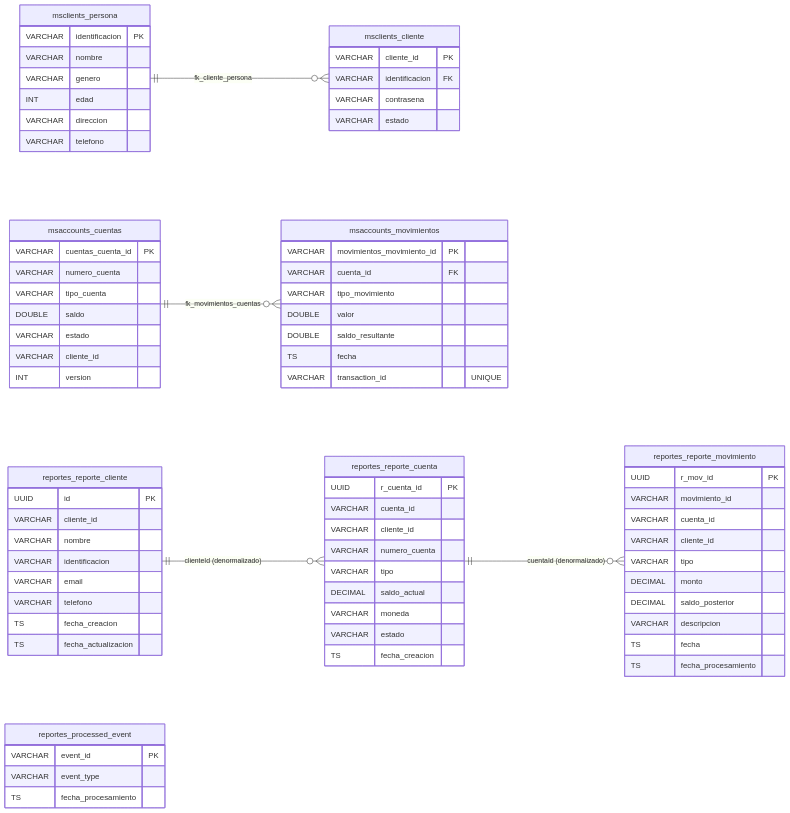
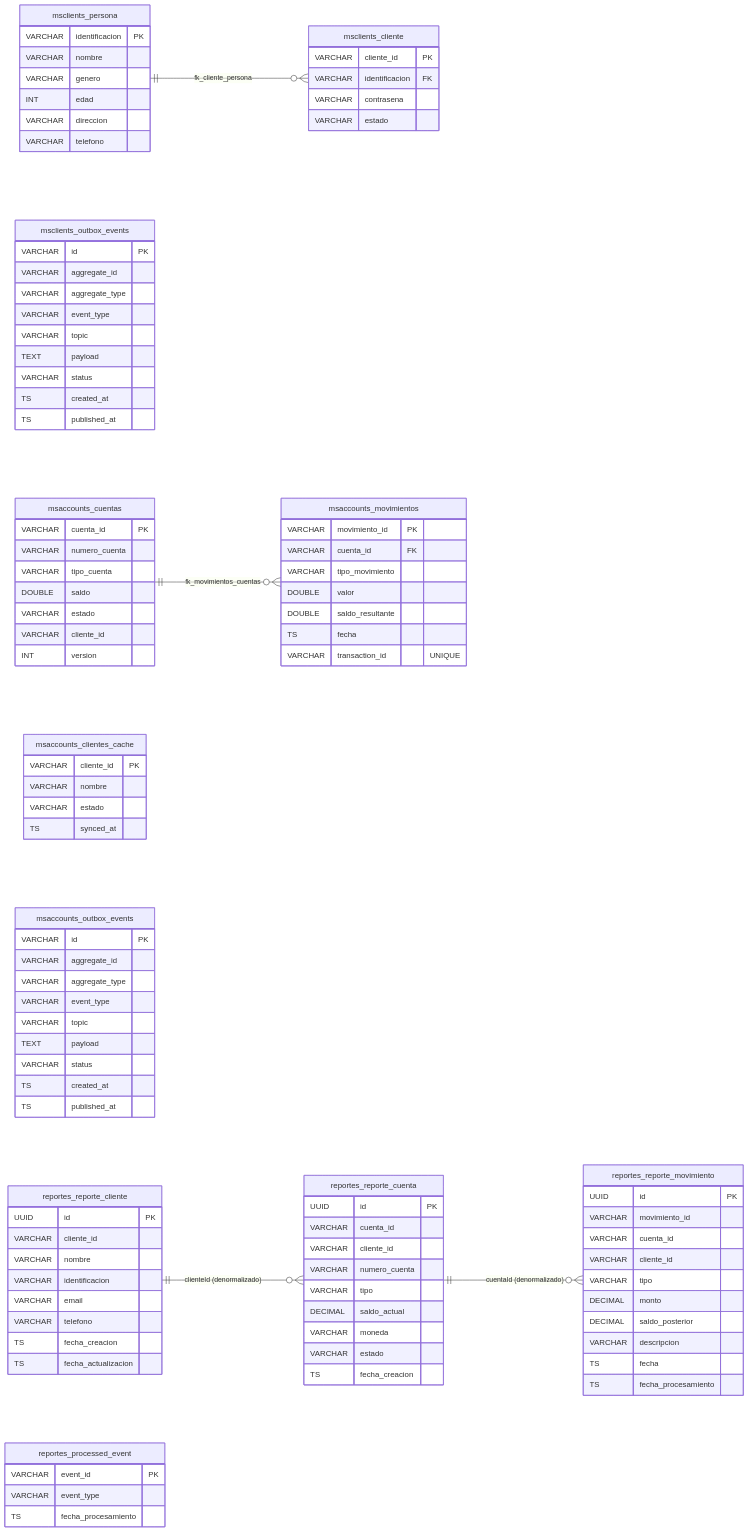
Before and after one commit to ZevaGuillo/prueba-tecnica: the diagram in docs/schema-database.md, drawn with Mermaid. The commit also changed other lines of this file and 4 other files, not shown here.

Commit message:
docs: update README and diagrams to reflect Outbox Pattern and Read Model implementation in ms-accounts

```diff
--- a/docs/schema-database.md
+++ b/docs/schema-database.md
@@ -23,11 +23,23 @@
     VARCHAR estado
   }
 
+  msclients_outbox_events {
+    VARCHAR id            PK
+    VARCHAR aggregate_id
+    VARCHAR aggregate_type
+    VARCHAR event_type
+    VARCHAR topic
+    TEXT    payload
+    VARCHAR status
+    TS      created_at
+    TS      published_at
+  }
+
   msclients_persona ||--o{ msclients_cliente : "fk_cliente_persona"
 
   %% ── msaccounts_schema ─────────────────────────────────────
   msaccounts_cuentas {
-    VARCHAR cuentas_cuenta_id   PK
+    VARCHAR cuenta_id   PK
     VARCHAR numero_cuenta
     VARCHAR tipo_cuenta
     DOUBLE  saldo
@@ -37,13 +49,32 @@
   }
 
   msaccounts_movimientos {
-    VARCHAR movimientos_movimiento_id PK
+    VARCHAR movimiento_id PK
     VARCHAR cuenta_id    FK
     VARCHAR tipo_movimiento
     DOUBLE  valor
     DOUBLE  saldo_resultante
     TS      fecha
     VARCHAR transaction_id  "UNIQUE"
+  }
+
+  msaccounts_clientes_cache {
+    VARCHAR cliente_id  PK
+    VARCHAR nombre
+    VARCHAR estado
+    TS      synced_at
+  }
+
+  msaccounts_outbox_events {
+    VARCHAR id            PK
+    VARCHAR aggregate_id
+    VARCHAR aggregate_type
+    VARCHAR event_type
+    VARCHAR topic
+    TEXT    payload
+    VARCHAR status
+    TS      created_at
+    TS      published_at
   }
 
   msaccounts_cuentas ||--o{ msaccounts_movimientos : "fk_movimientos_cuentas"
@@ -61,7 +92,7 @@
   }
 
   reportes_reporte_cuenta {
-    UUID    r_cuenta_id PK
+    UUID    id PK
     VARCHAR cuenta_id
     VARCHAR cliente_id
     VARCHAR numero_cuenta
@@ -73,7 +104,7 @@
   }
 
   reportes_reporte_movimiento {
-    UUID    r_mov_id PK
+    UUID    id PK
     VARCHAR movimiento_id
     VARCHAR cuenta_id
     VARCHAR cliente_id
```
